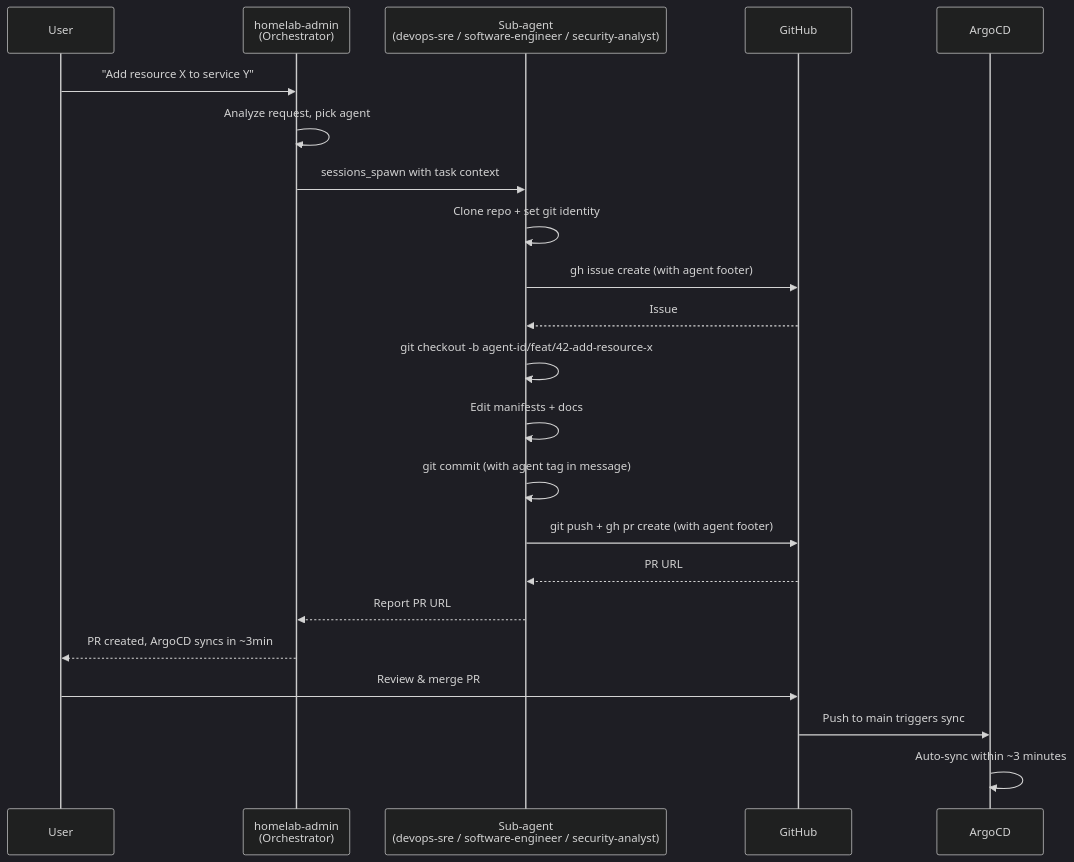
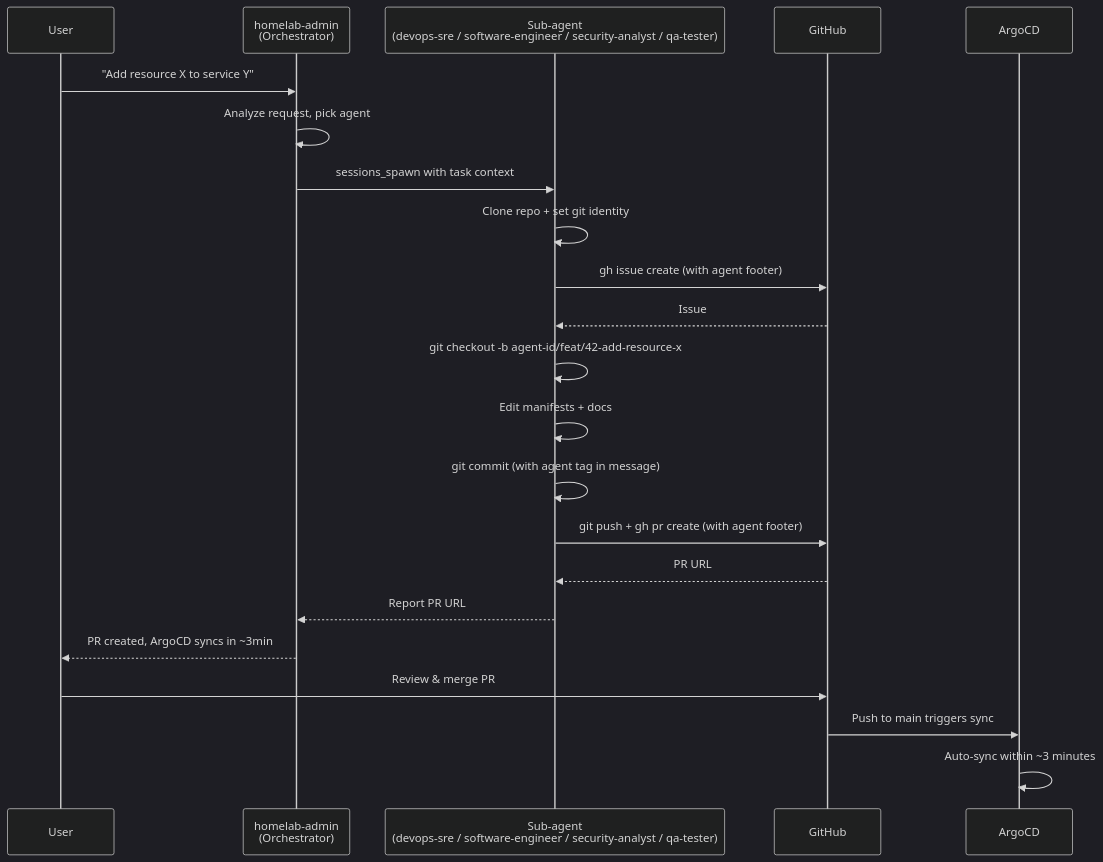
One commit to haingth77/homelab changed the third of 5 diagrams in k8s/apps/openclaw/README.md. Above: the diagram before and after it, drawn with Mermaid (dark theme). The commit also changed other lines of this file and 5 other files, not shown here.

First line of the commit message:
feat: add qa-tester agent to openclaw subagents pool

````diff
--- a/k8s/apps/openclaw/README.md
+++ b/k8s/apps/openclaw/README.md
@@ -109,28 +109,28 @@
 ```mermaid
 sequenceDiagram
     participant User
     participant HA as homelab-admin<br/>(Orchestrator)
-    participant SA as Sub-agent<br/>(devops-sre / software-engineer / security-analyst)
+    participant SA as Sub-agent<br/>(devops-sre / software-engineer / security-analyst / qa-tester)
     participant GH as GitHub
     participant Argo as ArgoCD
 
     User->>HA: "Add resource X to service Y"
     HA->>HA: Analyze request, pick agent
     HA->>SA: sessions_spawn with task context
 
     SA->>SA: Clone repo + set git identity
     SA->>GH: gh issue create (with agent footer)
     GH-->>SA: Issue #42
     SA->>SA: git checkout -b agent-id/feat/42-add-resource-x
     SA->>SA: Edit manifests + docs
     SA->>SA: git commit (with agent tag in message)
     SA->>GH: git push + gh pr create (with agent footer)
     GH-->>SA: PR URL
 
     SA-->>HA: Report PR URL
     HA-->>User: PR created, ArgoCD syncs in ~3min
 
     User->>GH: Review & merge PR
     GH->>Argo: Push to main triggers sync
     Argo->>Argo: Auto-sync within ~3 minutes
 ```
````
